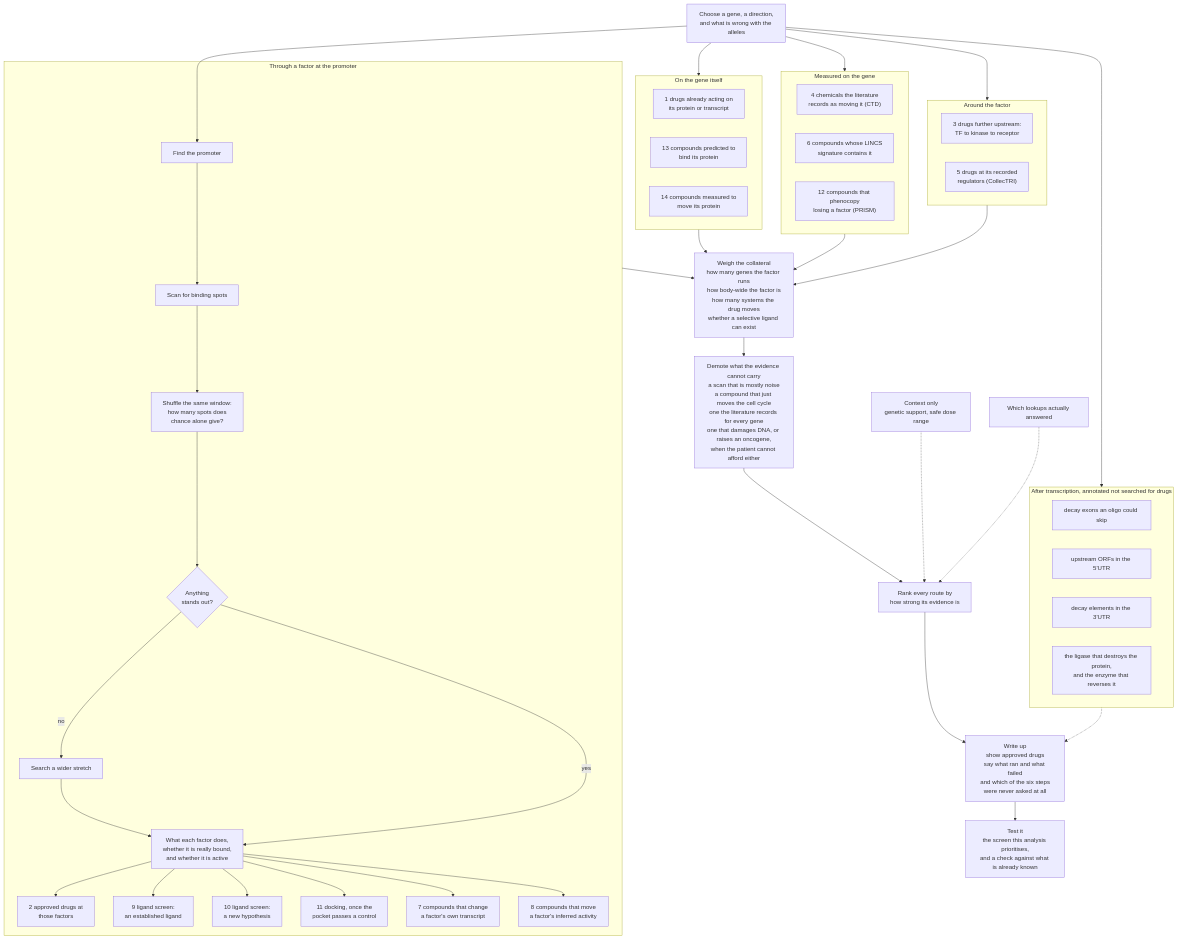
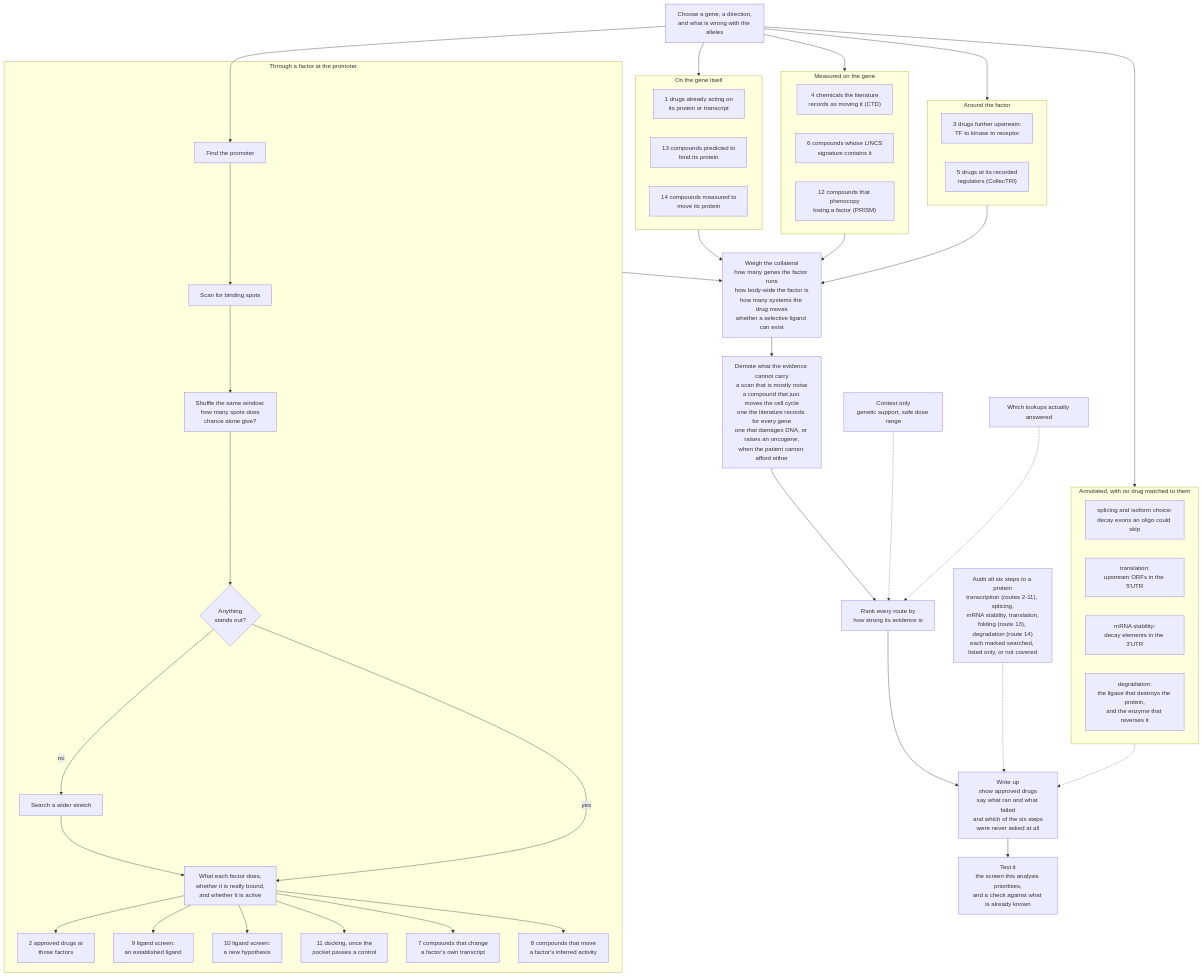
One commit to kjmartin44/Martins changed the diagram in docs/pipeline_detail.mmd. Above: the diagram before and after it, drawn with Mermaid. The commit also changed 7 other files, not shown here.

```diff
--- a/docs/pipeline_detail.mmd
+++ b/docs/pipeline_detail.mmd
@@ -1,62 +1,64 @@
 %% The same run in more detail, naming all fourteen routes.
 %% The short version is pipeline.mmd. Source of truth: docs/how-it-works.md.
 flowchart TD
     START["Choose a gene, a direction,<br/>and what is wrong with the alleles"]
 
     subgraph ON_GENE["On the gene itself"]
         R1["1 drugs already acting on<br/>its protein or transcript"]
         R13["13 compounds predicted to<br/>bind its protein"]
         R14["14 compounds measured to<br/>move its protein"]
     end
 
     subgraph MEASURED["Measured on the gene"]
         R4["4 chemicals the literature<br/>records as moving it (CTD)"]
         R6["6 compounds whose LINCS<br/>signature contains it"]
         R12["12 compounds that phenocopy<br/>losing a factor (PRISM)"]
     end
 
     subgraph VIA_TF["Through a factor at the promoter"]
         PROM["Find the promoter"] --> SCAN["Scan for binding spots"]
         SCAN --> NULL["Shuffle the same window:<br/>how many spots does<br/>chance alone give?"]
         NULL --> Q{"Anything<br/>stands out?"}
         Q -- no --> WIDE["Search a wider stretch"] --> CHECK
         Q -- yes --> CHECK["What each factor does,<br/>whether it is really bound,<br/>and whether it is active"]
         CHECK --> R2["2 approved drugs at<br/>those factors"]
         CHECK --> R9["9 ligand screen:<br/>an established ligand"]
         CHECK --> R10["10 ligand screen:<br/>a new hypothesis"]
         CHECK --> R11["11 docking, once the<br/>pocket passes a control"]
         CHECK --> R7["7 compounds that change<br/>a factor's own transcript"]
         CHECK --> R8["8 compounds that move<br/>a factor's inferred activity"]
     end
 
     subgraph AROUND["Around the factor"]
         R3["3 drugs further upstream:<br/>TF to kinase to receptor"]
         R5["5 drugs at its recorded<br/>regulators (CollecTRI)"]
     end
 
-    subgraph AFTER["After transcription, annotated not searched for drugs"]
-        A1["decay exons an oligo could skip"]
-        A2["upstream ORFs in the 5'UTR"]
-        A3["decay elements in the 3'UTR"]
-        A4["the ligase that destroys the protein,<br/>and the enzyme that reverses it"]
+    subgraph AFTER["Annotated, with no drug matched to them"]
+        A1["splicing and isoform choice:<br/>decay exons an oligo could skip"]
+        A2["translation:<br/>upstream ORFs in the 5'UTR"]
+        A3["mRNA stability:<br/>decay elements in the 3'UTR"]
+        A4["degradation:<br/>the ligase that destroys the protein,<br/>and the enzyme that reverses it"]
     end
 
     START --> ON_GENE
     START --> MEASURED
     START --> PROM
     START --> AROUND
     START --> AFTER
 
     ON_GENE --> NARROW["Weigh the collateral<br/>how many genes the factor runs<br/>how body-wide the factor is<br/>how many systems the drug moves<br/>whether a selective ligand can exist"]
     MEASURED --> NARROW
     VIA_TF --> NARROW
     AROUND --> NARROW
 
     NARROW --> GATES["Demote what the evidence cannot carry<br/>a scan that is mostly noise<br/>a compound that just moves the cell cycle<br/>one the literature records for every gene<br/>one that damages DNA, or raises an oncogene,<br/>when the patient cannot afford either"]
     GATES --> RANK["Rank every route by<br/>how strong its evidence is"]
     CONTEXT["Context only<br/>genetic support, safe dose range"] -.-> RANK
     LEDGER["Which lookups actually answered"] -.-> RANK
     AFTER -.-> REPORT
 
     RANK --> REPORT["Write up<br/>show approved drugs<br/>say what ran and what failed<br/>and which of the six steps<br/>were never asked at all"]
     REPORT --> TEST["Test it<br/>the screen this analysis prioritises,<br/>and a check against what is already known"]
+
+    AUDIT["Audit all six steps to a protein<br/>transcription (routes 2-11), splicing,<br/>mRNA stability, translation,<br/>folding (route 13), degradation (route 14)<br/>each marked searched, listed only, or not covered"] -.-> REPORT
```
